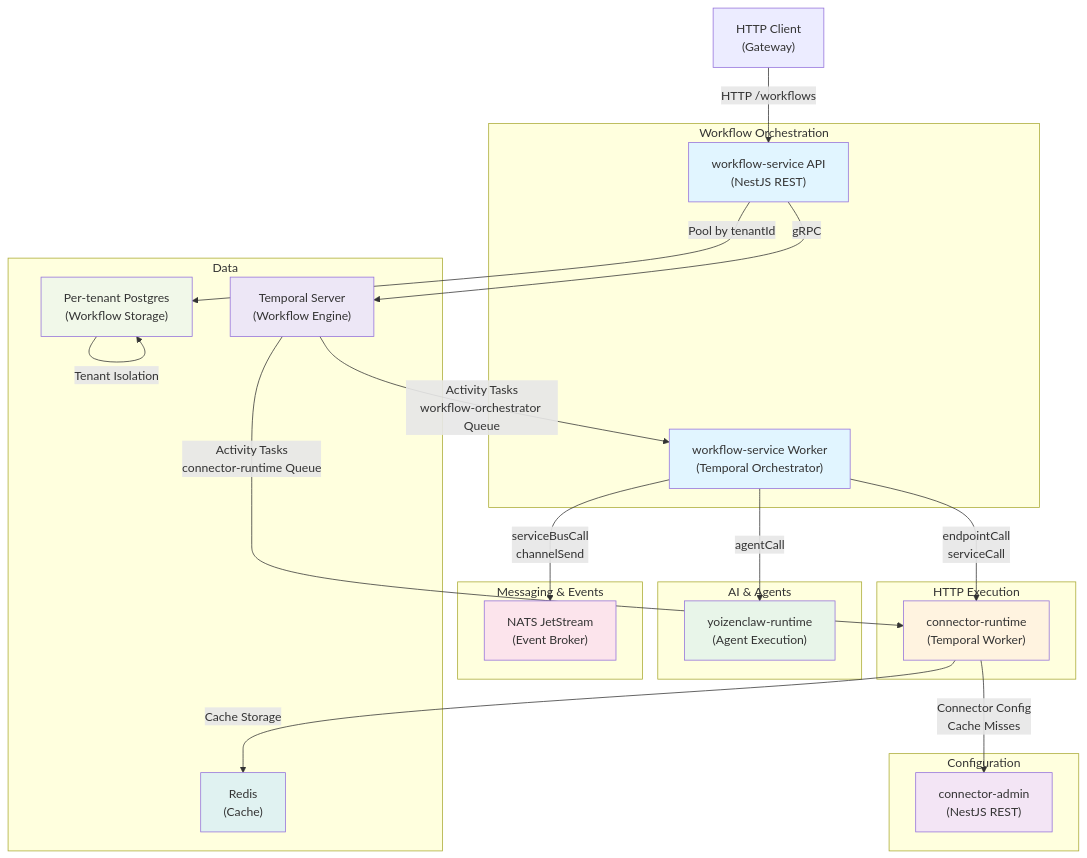
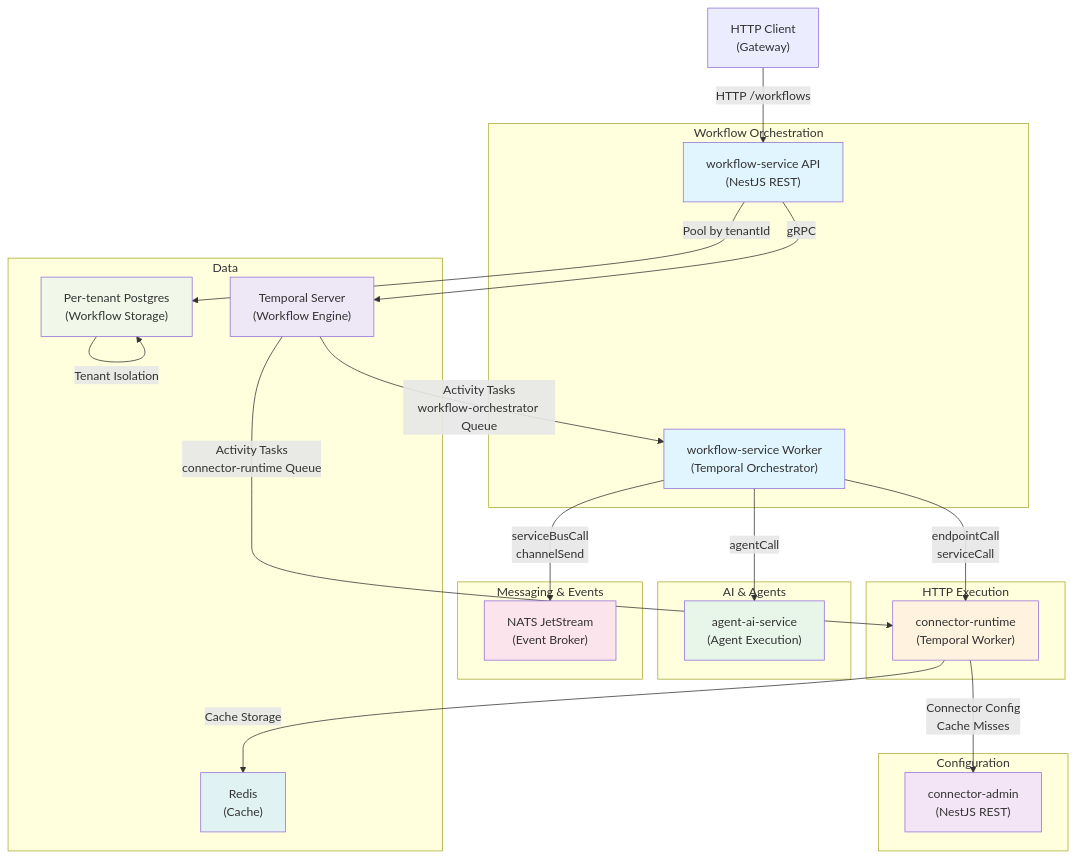
Before and after one commit to ccarnero/colloqui: the first of 8 diagrams in DOCS/11-SERVICE-ARCHITECTURE-DIAGRAM.md, drawn with Mermaid. The commit also changed other lines of this file and 1226 other files, not shown here.

````diff
--- a/DOCS/11-SERVICE-ARCHITECTURE-DIAGRAM.md
+++ b/DOCS/11-SERVICE-ARCHITECTURE-DIAGRAM.md
@@ -9,57 +9,57 @@
 ```mermaid
 graph TB
     Client["HTTP Client<br/>(Gateway)"]
     
     subgraph "Workflow Orchestration"
         WFA["workflow-service API<br/>(NestJS REST)"]
         WFW["workflow-service Worker<br/>(Temporal Orchestrator)"]
     end
     
     subgraph "HTTP Execution"
         HAW["connector-runtime<br/>(Temporal Worker)"]
     end
 
     subgraph "Configuration"
         ADA["connector-admin<br/>(NestJS REST)"]
     end
     
     subgraph "AI & Agents"
-        YCR["yoizenclaw-runtime<br/>(Agent Execution)"]
+        YCR["agent-ai-service<br/>(Agent Execution)"]
     end
     
     subgraph "Messaging & Events"
         NATS["NATS JetStream<br/>(Event Broker)"]
     end
     
     subgraph "Data"
         TEMPORAL["Temporal Server<br/>(Workflow Engine)"]
         REDIS["Redis<br/>(Cache)"]
         PG["Per-tenant Postgres<br/>(Workflow Storage)"]
     end
     
     Client -->|HTTP /workflows| WFA
     WFA -->|gRPC| TEMPORAL
     WFA -->|Pool by tenantId| PG
     
     TEMPORAL -->|Activity Tasks<br/>workflow-orchestrator Queue| WFW
     TEMPORAL -->|Activity Tasks<br/>connector-runtime Queue| HAW
     
     WFW -->|endpointCall<br/>serviceCall| HAW
     WFW -->|agentCall| YCR
     WFW -->|serviceBusCall<br/>channelSend| NATS
     
     HAW -->|Connector Config<br/>Cache Misses| ADA
     HAW -->|Cache Storage| REDIS
     
     PG -->|Tenant Isolation| PG
     
     style WFA fill:#e1f5ff
     style WFW fill:#e1f5ff
     style HAW fill:#fff3e0
     style ADA fill:#f3e5f5
     style YCR fill:#e8f5e9
     style NATS fill:#fce4ec
     style TEMPORAL fill:#ede7f6
     style REDIS fill:#e0f2f1
     style PG fill:#f1f8e9
 ```
````
